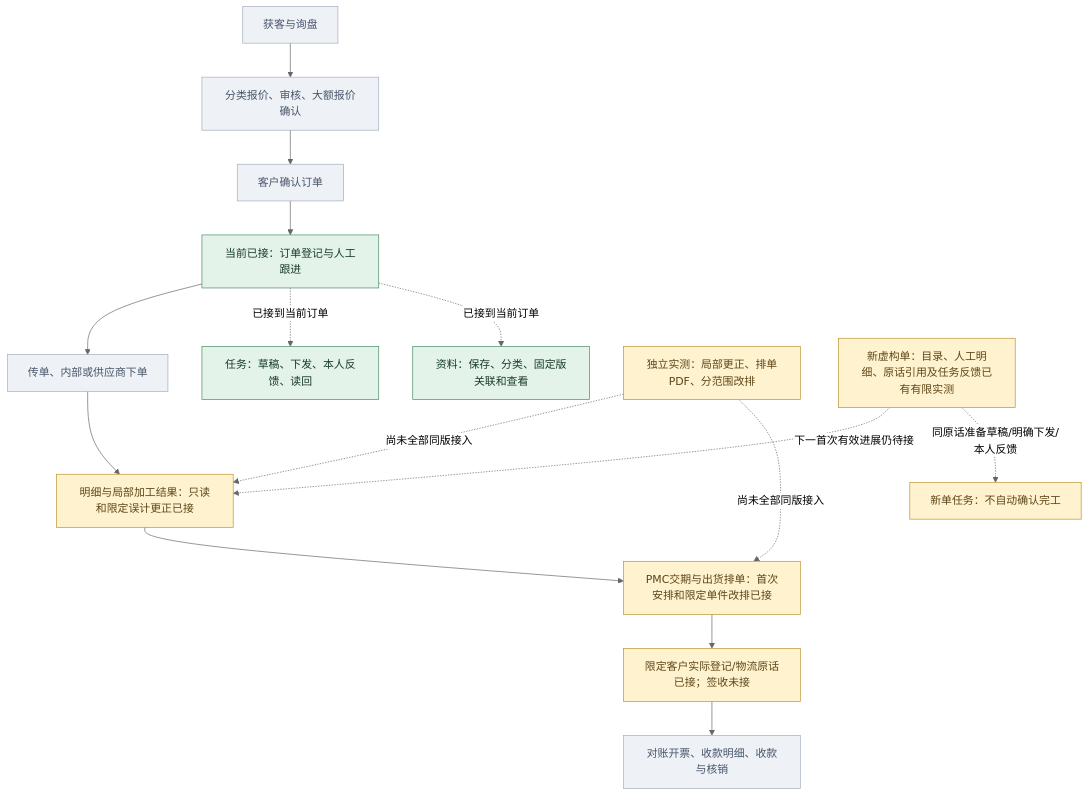
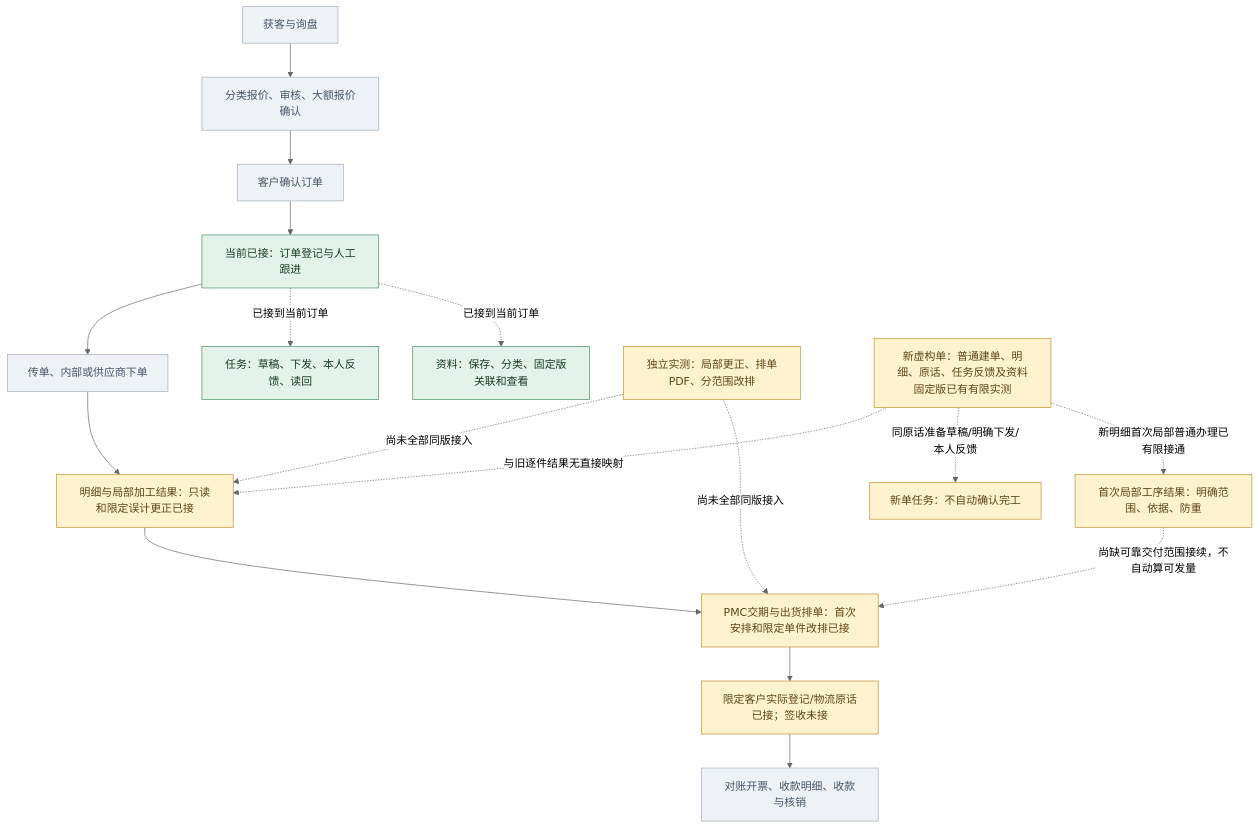
One commit to longshi888888/longshi changed the diagram in 软件开发计划+施工清单/页面与原型/总流程与当前小样覆盖图.md. Above: the diagram before and after it, drawn with Mermaid (neutral theme). The commit also changed other lines of this file and 115 other files, not shown here.

````diff
--- a/软件开发计划+施工清单/页面与原型/总流程与当前小样覆盖图.md
+++ b/软件开发计划+施工清单/页面与原型/总流程与当前小样覆盖图.md
@@ -9,24 +9,26 @@
 ```mermaid
 flowchart TB
  A[获客与询盘] --> B[分类报价、审核、大额报价确认]
  B --> C[客户确认订单]
  C --> D[当前已接：订单登记与人工跟进]
  D --> E[传单、内部或供应商下单]
  E --> F[明细与局部加工结果：只读和限定误计更正已接]
  F --> G[PMC交期与出货排单：首次安排和限定单件改排已接]
  G --> H[限定客户实际登记/物流原话已接；签收未接]
  H --> I[对账开票、收款明细、收款与核销]
  D -.已接到当前订单.-> T[任务：草稿、下发、本人反馈、读回]
  D -.已接到当前订单.-> M[资料：保存、分类、固定版关联和查看]
  X[独立实测：局部更正、排单PDF、分范围改排] -.尚未全部同版接入.-> F
  X -.尚未全部同版接入.-> G
- J[新虚构单：目录、人工明细、原话引用及任务反馈已有有限实测] -.下一首次有效进展仍待接.-> F
+ J[新虚构单：普通建单、明细、原话、任务反馈及资料固定版已有有限实测] -.与旧逐件结果无直接映射.-> F
  J -.同原话准备草稿/明确下发/本人反馈.-> N[新单任务：不自动确认完工]
- class N partial;
+ J -.新明细首次局部普通办理已有限接通.-> P[首次局部工序结果：明确范围、依据、防重]
+ P -.尚缺可靠交付范围接续，不自动算可发量.-> G
+ class N,P partial;
  classDef current fill:#e4f3e9,stroke:#478c62,color:#173c27;
  classDef partial fill:#fff2cf,stroke:#bd9230,color:#5d4617;
  classDef future fill:#eef1f5,stroke:#a3adba,color:#475569;
  class D,T,M current;
  class F,G,H,X,J partial;
  class A,B,C,E,I future;
 ```
````
